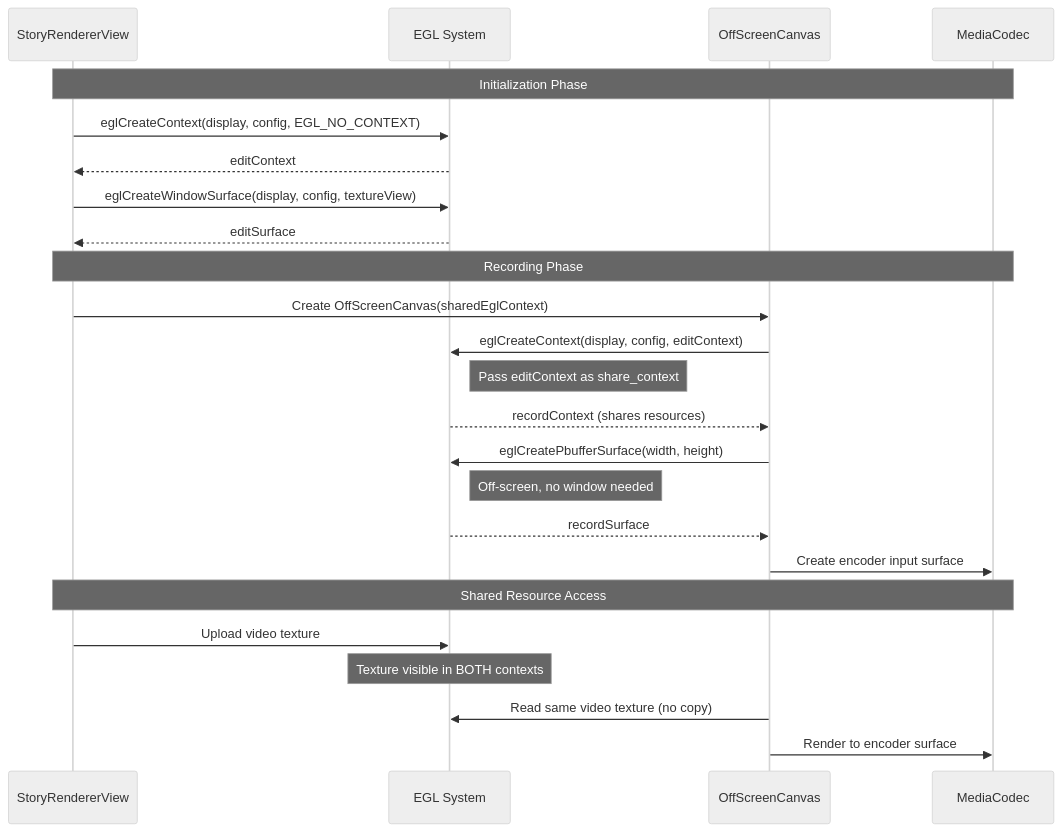
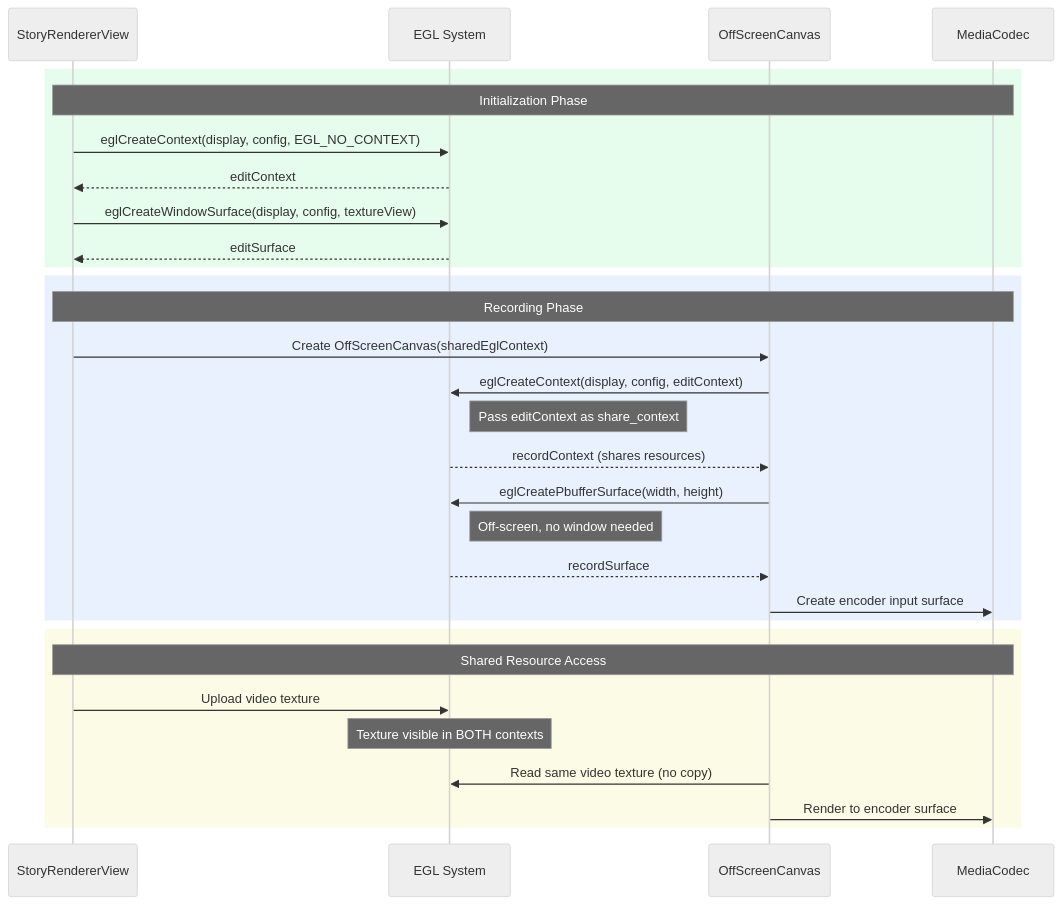
Before and after one commit to monday8am/monday8am.github.io: the third of 5 diagrams in _posts/2021-11-21-storybeat-tales.md, drawn with Mermaid (neutral theme). The commit also changed other lines of this file, not shown here.

````diff
--- a/_posts/2021-11-21-storybeat-tales.md
+++ b/_posts/2021-11-21-storybeat-tales.md
@@ -218,34 +223,40 @@
 ```mermaid
 sequenceDiagram
     participant Edit as StoryRendererView
     participant EGL as EGL System
     participant Record as OffScreenCanvas
     participant Encoder as MediaCodec
 
+    rect rgba(192, 248, 208, 0.4)
     Note over Edit,Encoder: Initialization Phase
 
     Edit->>EGL: eglCreateContext(display, config, EGL_NO_CONTEXT)
     EGL-->>Edit: editContext
     Edit->>EGL: eglCreateWindowSurface(display, config, textureView)
     EGL-->>Edit: editSurface
+    end
 
+    rect rgba(199, 220, 252, 0.4)
     Note over Edit,Encoder: Recording Phase
 
     Edit->>Record: Create OffScreenCanvas(sharedEglContext)
     Record->>EGL: eglCreateContext(display, config, editContext)
     Note right of EGL: Pass editContext as share_context
     EGL-->>Record: recordContext (shares resources)
 
     Record->>EGL: eglCreatePbufferSurface(width, height)
     Note right of EGL: Off-screen, no window needed
     EGL-->>Record: recordSurface
 
     Record->>Encoder: Create encoder input surface
+    end
 
+    rect rgba(247, 248, 192, 0.4)
     Note over Edit,Encoder: Shared Resource Access
 
     Edit->>EGL: Upload video texture
     Note over EGL: Texture visible in BOTH contexts
     Record->>EGL: Read same video texture (no copy)
     Record->>Encoder: Render to encoder surface
+    end
 ```
````
